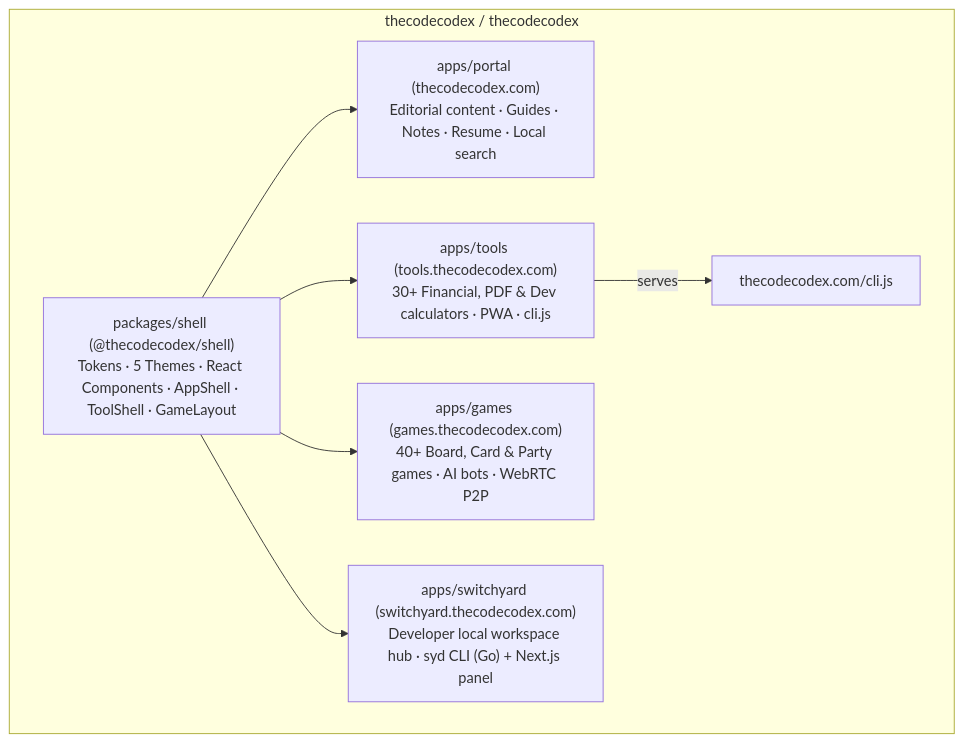
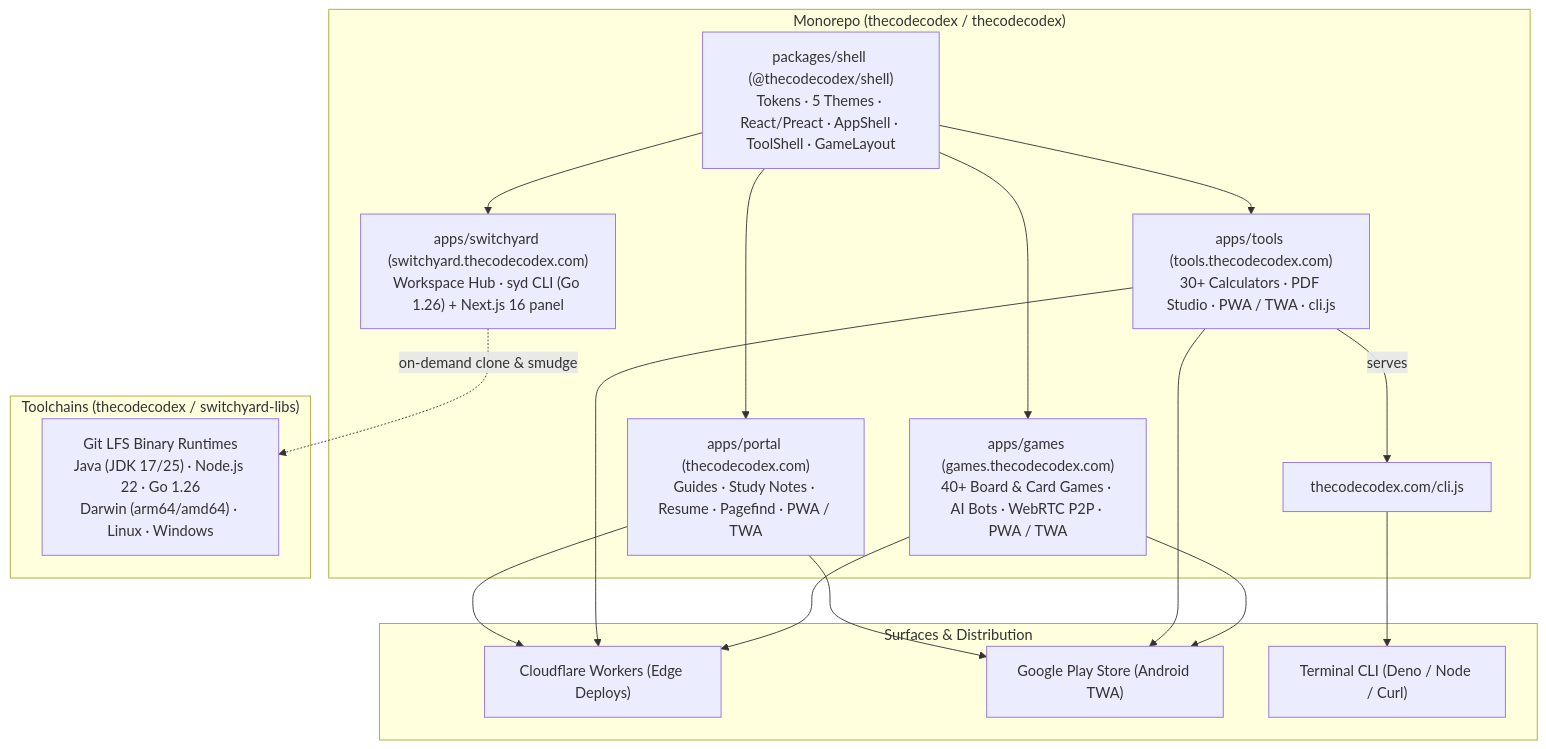
Before and after one commit to thecodecodex/.github: the diagram in profile/README.md, drawn with Mermaid. The commit also changed other lines of this file, not shown here.

Commit message:
docs(profile): highlight founder douglas capeletti with linkedin and update ecosystem architecture

````diff
--- a/profile/README.md
+++ b/profile/README.md
@@ -20,16 +40,32 @@
 ```mermaid
 flowchart TD
-  subgraph monorepo["thecodecodex / thecodecodex"]
-    shell["packages/shell (@thecodecodex/shell)<br/>Tokens · 5 Themes · React Components · AppShell · ToolShell · GameLayout"]
-    portal["apps/portal (thecodecodex.com)<br/>Editorial content · Guides · Notes · Resume · Local search"]
-    tools["apps/tools (tools.thecodecodex.com)<br/>30+ Financial, PDF & Dev calculators · PWA · cli.js"]
-    games["apps/games (games.thecodecodex.com)<br/>40+ Board, Card & Party games · AI bots · WebRTC P2P"]
-    switchyard["apps/switchyard (switchyard.thecodecodex.com)<br/>Developer local workspace hub · syd CLI (Go) + Next.js panel"]
+  subgraph monorepo["Monorepo (thecodecodex / thecodecodex)"]
+    shell["packages/shell (@thecodecodex/shell)<br/>Tokens · 5 Themes · React/Preact · AppShell · ToolShell · GameLayout"]
+    portal["apps/portal (thecodecodex.com)<br/>Guides · Study Notes · Resume · Pagefind · PWA / TWA"]
+    tools["apps/tools (tools.thecodecodex.com)<br/>30+ Calculators · PDF Studio · PWA / TWA · cli.js"]
+    games["apps/games (games.thecodecodex.com)<br/>40+ Board & Card Games · AI Bots · WebRTC P2P · PWA / TWA"]
+    switchyard["apps/switchyard (switchyard.thecodecodex.com)<br/>Workspace Hub · syd CLI (Go 1.26) + Next.js 16 panel"]
 
     shell --> portal
     shell --> tools
     shell --> games
     shell --> switchyard
     tools -- "serves" --> cli["thecodecodex.com/cli.js"]
   end
+
+  subgraph libsRepo["Toolchains (thecodecodex / switchyard-libs)"]
+    libs["Git LFS Binary Runtimes<br/>Java (JDK 17/25) · Node.js 22 · Go 1.26<br/>Darwin (arm64/amd64) · Linux · Windows"]
+  end
+
+  switchyard -. "on-demand clone & smudge" .-> libs
+
+  subgraph distribution["Surfaces & Distribution"]
+    cf["Cloudflare Workers (Edge Deploys)"]
+    play["Google Play Store (Android TWA)"]
+    term["Terminal CLI (Deno / Node / Curl)"]
+  end
+
+  portal & tools & games --> cf
+  portal & tools & games --> play
+  cli --> term
 ```
````
